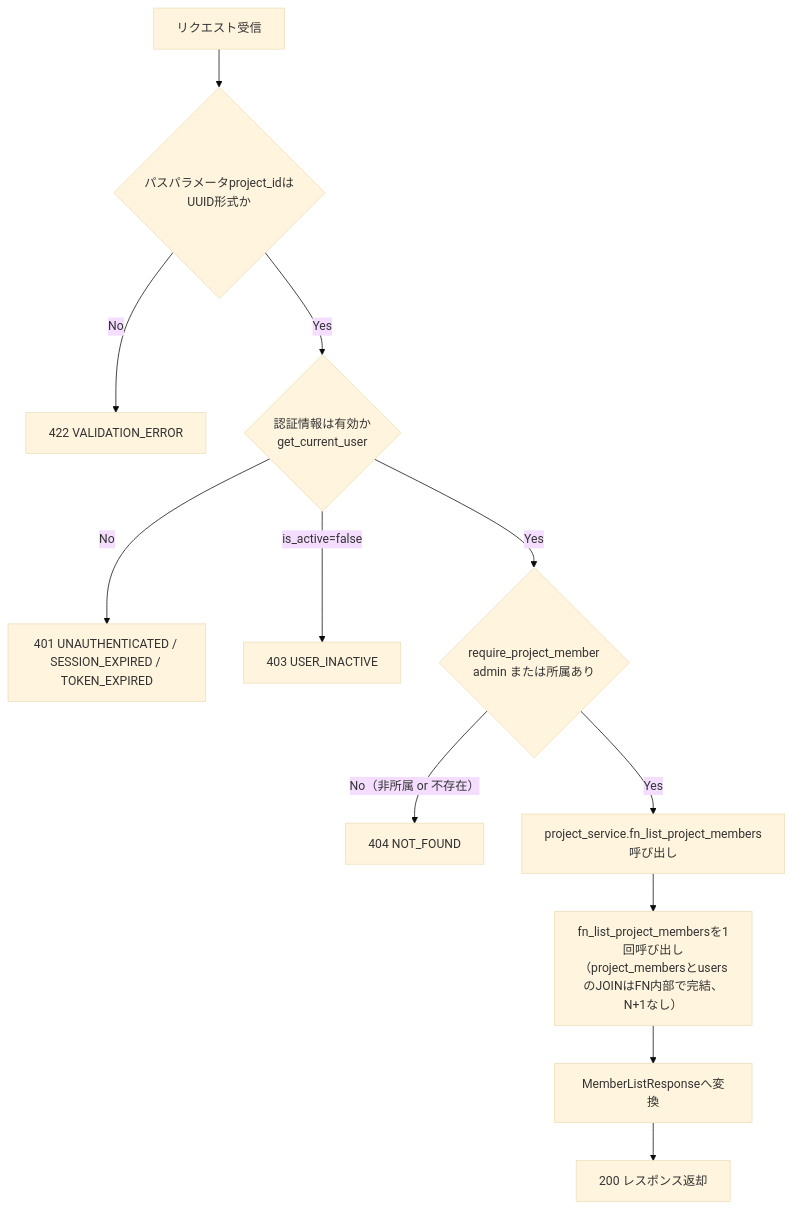
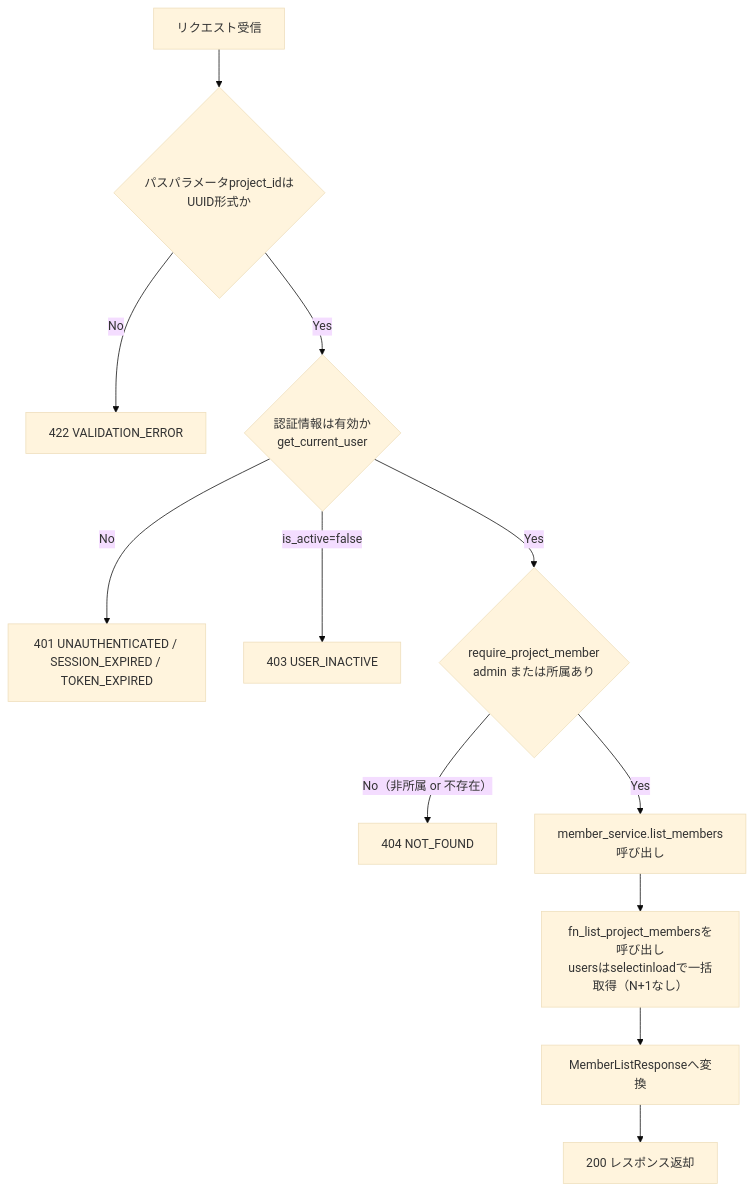
Before and after one commit to oikawa-d/task_management: the second of 4 diagrams in docs/detailed_design/api/projects/06_get_project_members.md, drawn with Mermaid (base theme). The commit also changed other lines of this file and 5 other files, not shown here.

````diff
--- a/docs/detailed_design/api/projects/06_get_project_members.md
+++ b/docs/detailed_design/api/projects/06_get_project_members.md
@@ -130,14 +130,14 @@
 ```mermaid
 flowchart TB
     A["リクエスト受信"] --> B{"パスパラメータproject_idはUUID形式か"}
     B -->|No| E1["422 VALIDATION_ERROR"]
     B -->|Yes| C{"認証情報は有効か<br/>get_current_user"}
     C -->|No| E2["401 UNAUTHENTICATED / SESSION_EXPIRED / TOKEN_EXPIRED"]
     C -->|is_active=false| E3["403 USER_INACTIVE"]
     C -->|Yes| D{"require_project_member<br/>admin または所属あり"}
     D -->|No（非所属 or 不存在）| E4["404 NOT_FOUND"]
-    D -->|Yes| F["project_service.fn_list_project_members呼び出し"]
-    F --> G["fn_list_project_membersを1回呼び出し<br/>（project_membersとusersのJOINはFN内部で完結、N+1なし）"]
+    D -->|Yes| F["member_service.list_members呼び出し"]
+    F --> G["fn_list_project_membersを呼び出し<br/>usersはselectinloadで一括取得（N+1なし）"]
     G --> H["MemberListResponseへ変換"]
     H --> I["200 レスポンス返却"]
 ```
````
